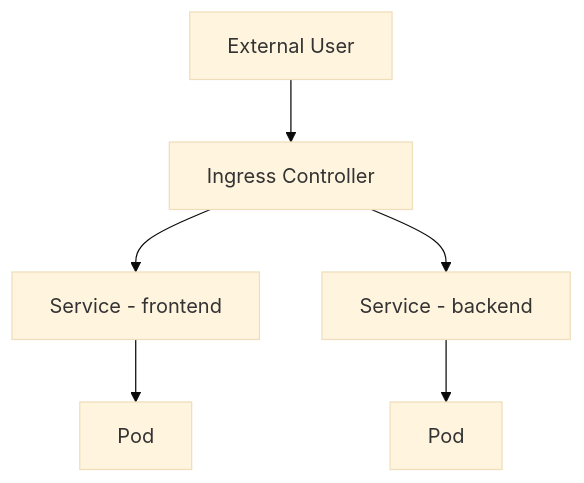
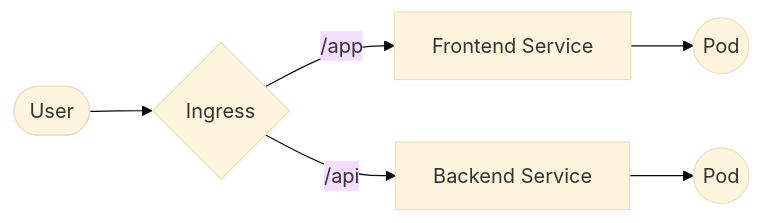
Before and after one commit to Aravind-devops-1/devops_ganesh: the first of 2 diagrams in 04-networking/04.02-Ingress-Controllers.md, drawn with Mermaid (base theme). The commit also changed other lines of this file, not shown here.

````diff
--- a/04-networking/04.02-Ingress-Controllers.md
+++ b/04-networking/04.02-Ingress-Controllers.md
@@ -75,15 +35,10 @@
 ```mermaid
-flowchart TD
-    User[External User]
-    IngressCtrl[Ingress Controller]
-    SVC1[Service - frontend]
-    SVC2[Service - backend]
-    POD1[Pod]
-    POD2[Pod]
-
-    User --> IngressCtrl
-    IngressCtrl --> SVC1
-    IngressCtrl --> SVC2
-    SVC1 --> POD1
-    SVC2 --> POD2
+graph LR
+    User([User]) --> Ingress{Ingress}
+    
+    Ingress -- /app --> S1[Frontend Service]
+    Ingress -- /api --> S2[Backend Service]
+    
+    S1 --> P1((Pod))
+    S2 --> P2((Pod))
 ```
````
